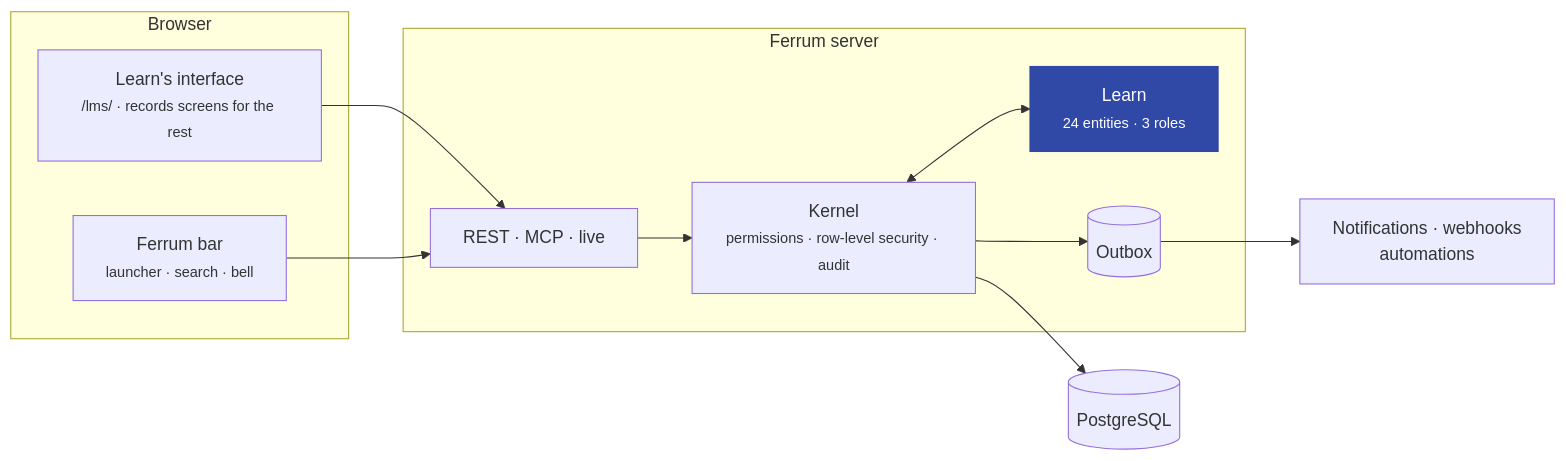
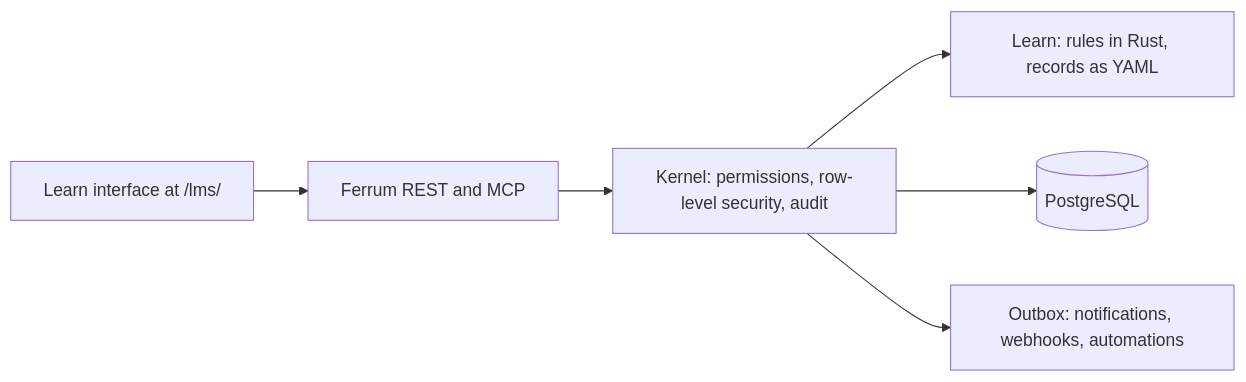
Before and after one commit to CBFerrum/ferrum-app-lms: the third of 4 diagrams in README.md, drawn with Mermaid. The commit also changed other lines of this file and 22 other files, not shown here.

First line of the commit message:
docs: end-to-end README with screenshots, features, comparison and roadmap

````diff
--- a/README.md
+++ b/README.md
@@ -129,21 +365,8 @@
 ```mermaid
 flowchart LR
-    subgraph Browser
-        UI["Learn's interface<br/><small>/lms/ · records screens for the rest</small>"]
-        BAR["Ferrum bar<br/><small>launcher · search · bell</small>"]
-    end
-    subgraph Server["Ferrum server"]
-        API["REST · MCP · live"]
-        K["Kernel<br/><small>permissions · row-level security · audit</small>"]
-        APP["Learn<br/><small>24 entities · 3 roles</small>"]
-        OB[("Outbox")]
-    end
-    DB[("PostgreSQL")]
-    UI --> API --> K --> DB
-    BAR --> API
-    K <--> APP
-    K --> OB --> EV["Notifications · webhooks<br/>automations"]
-
-    classDef app fill:#3048a6,color:#fff,stroke:#3048a6
-    class APP app
+  UI["Learn interface at /lms/"] --> API["Ferrum REST and MCP"]
+  API --> K["Kernel: permissions, row-level security, audit"]
+  K --> APP["Learn: rules in Rust, records as YAML"]
+  K --> DB[("PostgreSQL")]
+  K --> OB["Outbox: notifications, webhooks, automations"]
 ```
````
